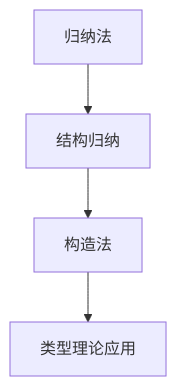
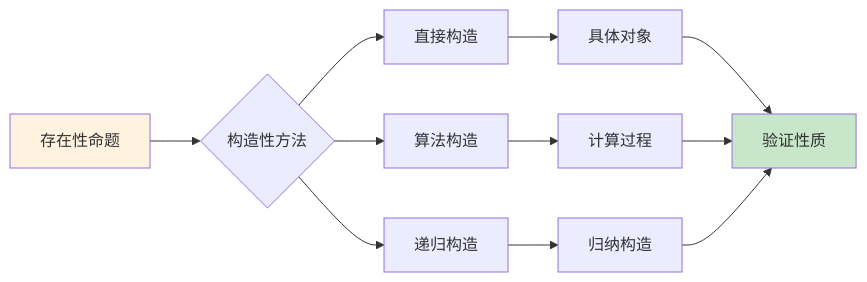
The second of 3 diagrams in analysis/1-形式化理论/1.2-类型理论与证明/1.2.6-归纳法与构造法.md (AdaMartin18010/Lean), drawn with Mermaid before and after one commit. The commit also changed other lines of this file and 57 other files, not shown here.

````diff
--- a/analysis/1-形式化理论/1.2-类型理论与证明/1.2.6-归纳法与构造法.md
+++ b/analysis/1-形式化理论/1.2-类型理论与证明/1.2.6-归纳法与构造法.md
@@ -52,6 +310,18 @@
 ```mermaid
-graph TD
-  A[归纳法] --> B[结构归纳]
-  B --> C[构造法]
-  C --> D[类型理论应用]
+graph LR
+    A[存在性命题] --> B{构造性方法}
+    B --> C[直接构造]
+    B --> D[算法构造]
+    B --> E[递归构造]
+    
+    C --> F[具体对象]
+    D --> G[计算过程]
+    E --> H[归纳构造]
+    
+    F --> I[验证性质]
+    G --> I
+    H --> I
+    
+    style A fill:#fff3e0
+    style I fill:#c8e6c9
 ```
````
